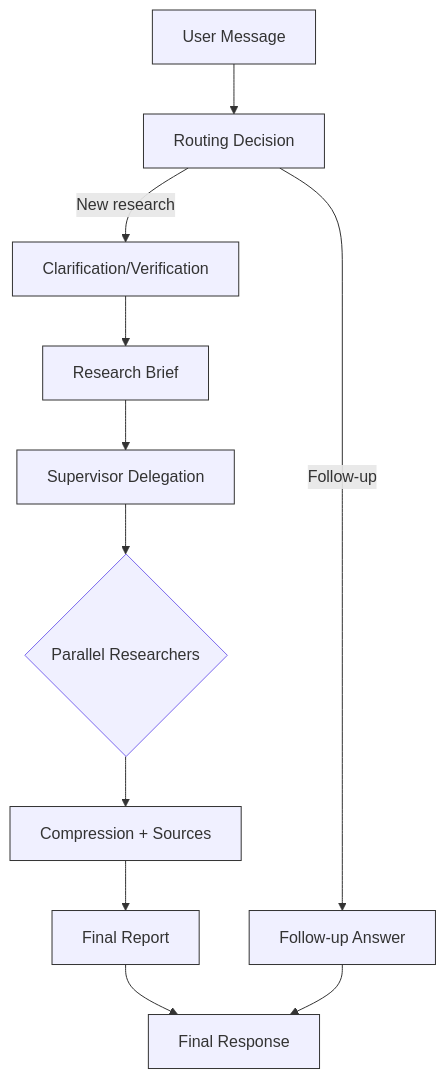
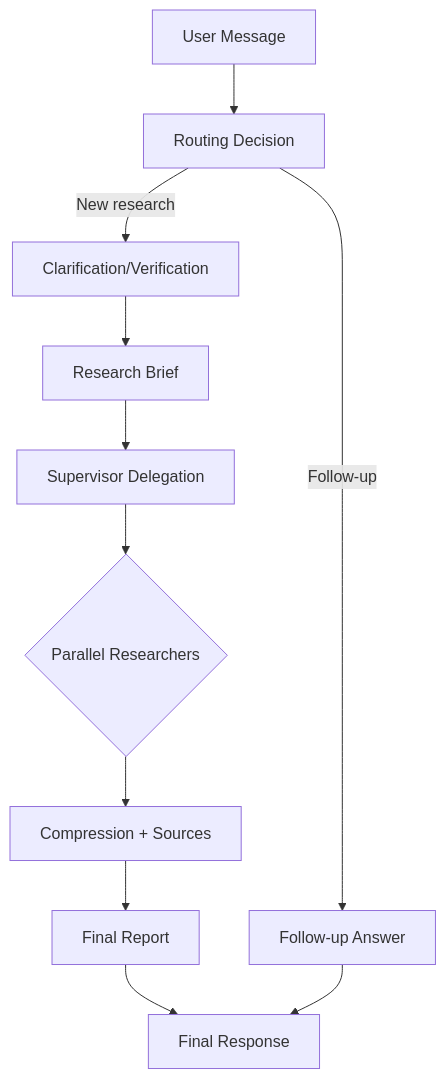
One commit to Berkay2002/researcher changed the first of 2 diagrams in README.md. Above: the diagram before and after it, drawn with Mermaid. The commit also changed other lines of this file, not shown here.

Commit message:
fix: Make Mermaid charts theme-aware in README.md

````diff
--- a/README.md
+++ b/README.md
@@ -28,19 +28,15 @@
 ```mermaid
 flowchart TD
     User[User Message] --> Routing[Routing Decision]
     Routing -->|New research| Clarification[Clarification/Verification]
     Routing -->|Follow-up| FollowUp[Follow-up Answer]
     
     Clarification --> Brief[Research Brief]
     Brief --> Supervisor[Supervisor Delegation]
     Supervisor --> Parallel{Parallel Researchers}
     Parallel --> Compression[Compression + Sources]
     Compression --> Report[Final Report]
     Report --> Response[Final Response]
     
     FollowUp --> Response
-
-    classDef default fill:#f0f0ff,stroke:#333,stroke-width:1px;
-    classDef diamond fill:#f0f0ff,stroke:#7b68ee,stroke-width:1px;
-    class Parallel diamond;
 ```
````
